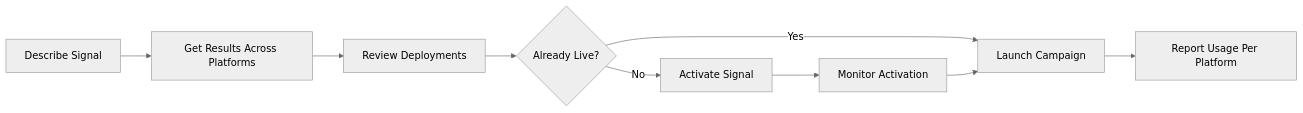
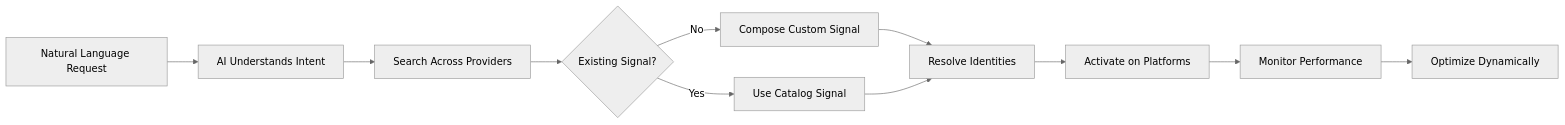
Before and after one commit to adcontextprotocol/adcp: the diagram in docs/signals/overview.md, drawn with Mermaid (neutral theme). The commit also changed other lines of this file, not shown here.

````diff
--- a/docs/signals/overview.md
+++ b/docs/signals/overview.md
@@ -277,11 +194,13 @@
 ```mermaid
 flowchart LR
-    A[Describe Signal] --> B[Get Results Across Platforms]
-    B --> C[Review Deployments]
-    C --> D{Already Live?}
-    D -->|Yes| E[Launch Campaign]
-    D -->|No| F[Activate Signal]
-    F --> G[Monitor Activation]
-    G --> E
-    E --> H[Report Usage Per Platform]
+    A[Natural Language Request] --> B[AI Understands Intent]
+    B --> C[Search Across Providers]
+    C --> D{Existing Signal?}
+    D -->|No| E[Compose Custom Signal]
+    D -->|Yes| F[Use Catalog Signal]
+    E --> G[Resolve Identities]
+    F --> G
+    G --> H[Activate on Platforms]
+    H --> I[Monitor Performance]
+    I --> J[Optimize Dynamically]
 ```
````
